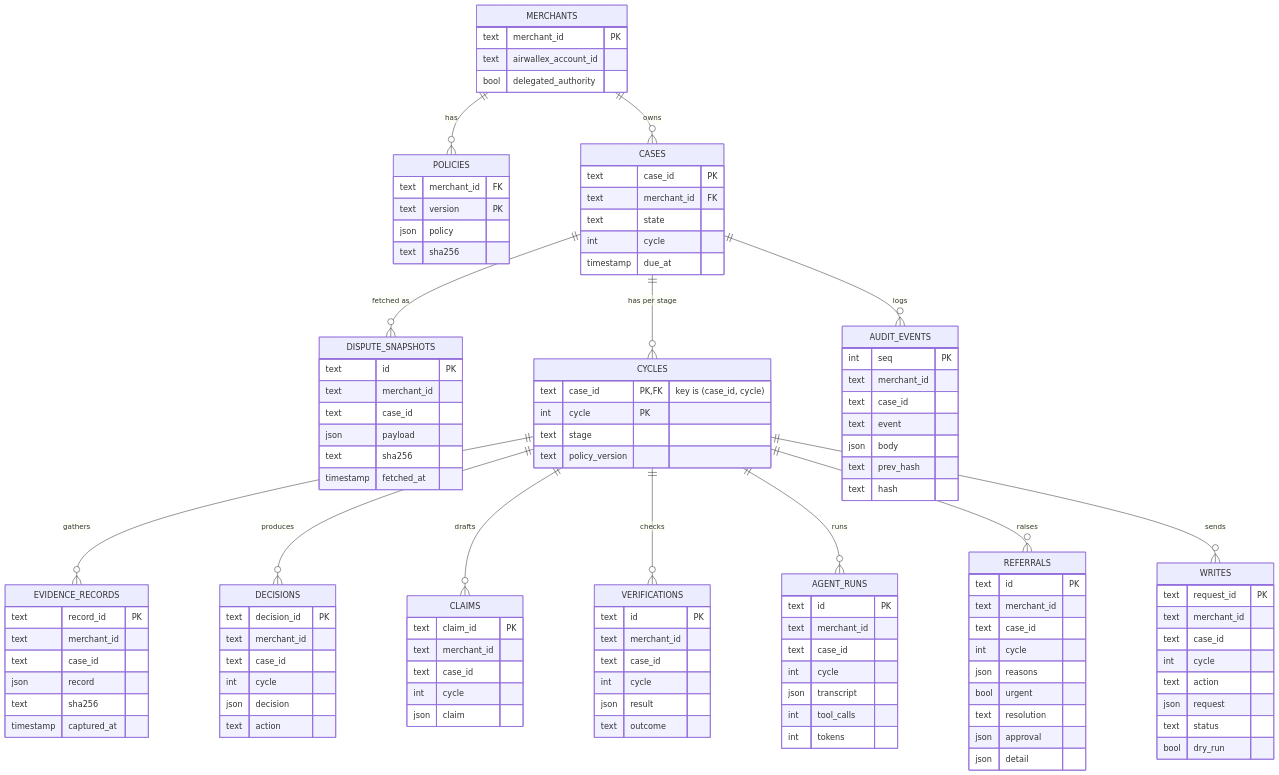
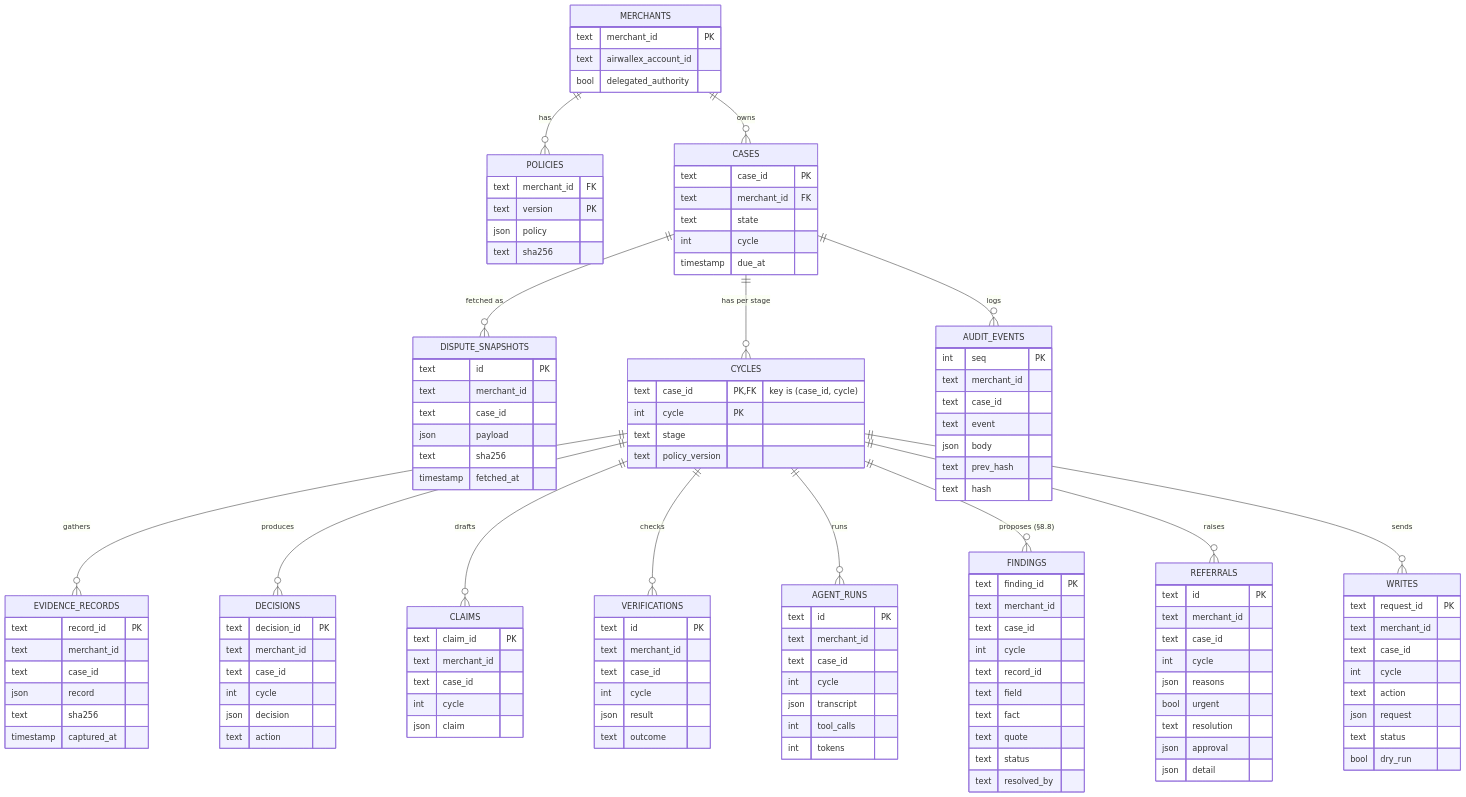
The seventh of 8 diagrams in docs/architecture.md (rachanna/nirnaya), drawn with Mermaid before and after one commit. The commit also changed other lines of this file and 2 other files, not shown here.

```diff
--- a/docs/architecture.md
+++ b/docs/architecture.md
@@ -740,6 +771,7 @@
     CYCLES ||--o{ CLAIMS : drafts
     CYCLES ||--o{ VERIFICATIONS : checks
     CYCLES ||--o{ AGENT_RUNS : runs
+    CYCLES ||--o{ FINDINGS : "proposes (§8.8)"
     CYCLES ||--o{ REFERRALS : raises
     CYCLES ||--o{ WRITES : sends
     CASES ||--o{ AUDIT_EVENTS : logs
@@ -816,6 +848,18 @@
         int tool_calls
         int tokens
     }
+    FINDINGS {
+        text finding_id PK
+        text merchant_id
+        text case_id
+        int cycle
+        text record_id
+        text field
+        text fact
+        text quote
+        text status
+        text resolved_by
+    }
     REFERRALS {
         text id PK
         text merchant_id
```
